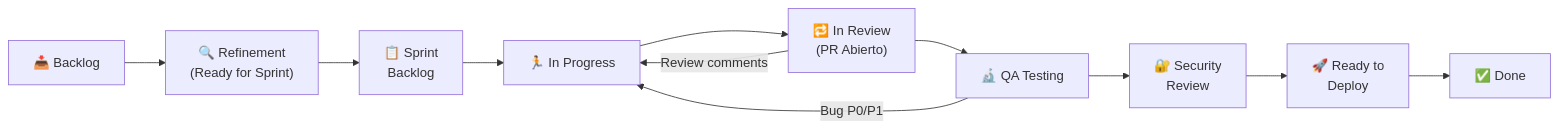
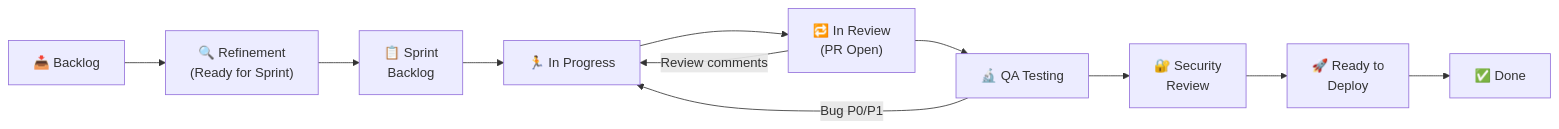
The first of 5 diagrams in documentation/04-flows/detailed-scrum-flow.md (nissienterprise/nissi-openclaw-vps), drawn with Mermaid before and after one commit. The commit also changed other lines of this file and 46 other files, not shown here.

````diff
--- a/documentation/04-flows/detailed-scrum-flow.md
+++ b/documentation/04-flows/detailed-scrum-flow.md
@@ -54,14 +54,14 @@
 ```mermaid
 flowchart LR
     A["📥 Backlog"] --> B["🔍 Refinement\n(Ready for Sprint)"]
     B --> C["📋 Sprint\nBacklog"]
     C --> D["🏃 In Progress"]
-    D --> E["🔁 In Review\n(PR Abierto)"]
+    D --> E["🔁 In Review\n(PR Open)"]
     E --> F["🔬 QA Testing"]
     F --> G["🔐 Security\nReview"]
     G --> H["🚀 Ready to\nDeploy"]
     H --> I["✅ Done"]
 
     F -->|"Bug P0/P1"| D
     E -->|"Review comments"| D
 ```
````
